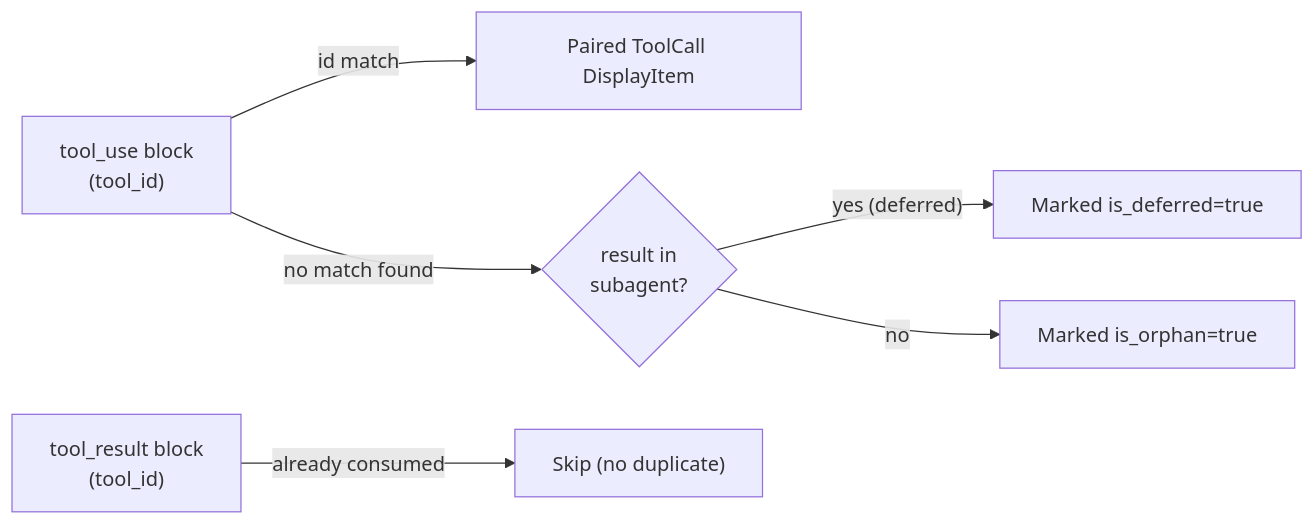
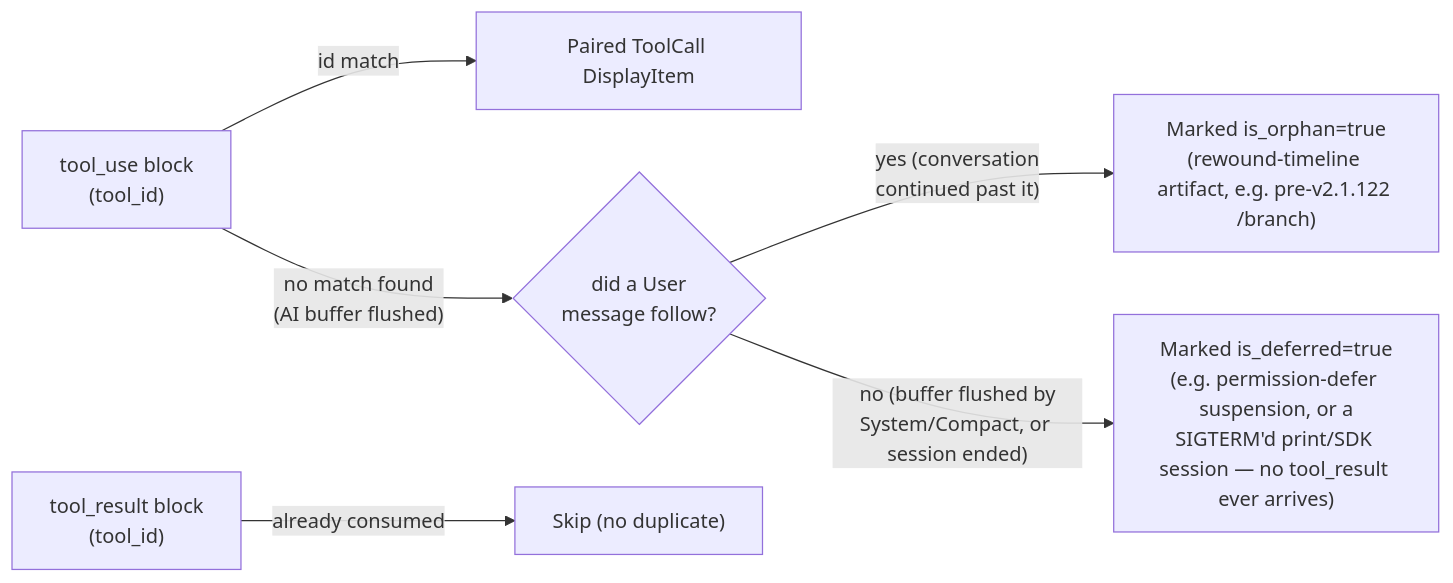
Before and after one commit to delexw/claude-code-trace: the fifth of 11 diagrams in specs/01-parser-pipeline.md, drawn with Mermaid. The commit also changed other lines of this file and 7 other files, not shown here.

First line of the commit message:
fix(ui): render pending badge for dangling tool_use with no result (#266)

````diff
--- a/specs/01-parser-pipeline.md
+++ b/specs/01-parser-pipeline.md
@@ -208,10 +209,10 @@
 ```mermaid
 flowchart LR
     TC["tool_use block\n(tool_id)"]
     TR["tool_result block\n(tool_id)"]
     TC -->|"id match"| PAIR["Paired ToolCall DisplayItem"]
-    TC -->|"no match found"| CHECK{"result in\nsubagent?"}
-    CHECK -->|"yes (deferred)"| DEF["Marked is_deferred=true"]
-    CHECK -->|"no"| ORPHAN["Marked is_orphan=true"]
+    TC -->|"no match found\n(AI buffer flushed)"| CHECK{"did a User\nmessage follow?"}
+    CHECK -->|"yes (conversation\ncontinued past it)"| ORPHAN["Marked is_orphan=true\n(rewound-timeline artifact, e.g. pre-v2.1.122 /branch)"]
+    CHECK -->|"no (buffer flushed by\nSystem/Compact, or session ended)"| DEF["Marked is_deferred=true\n(e.g. permission-defer suspension, or a\nSIGTERM'd print/SDK session — no tool_result ever arrives)"]
     TR -->|"already consumed"| SKIP["Skip (no duplicate)"]
 ```
````
